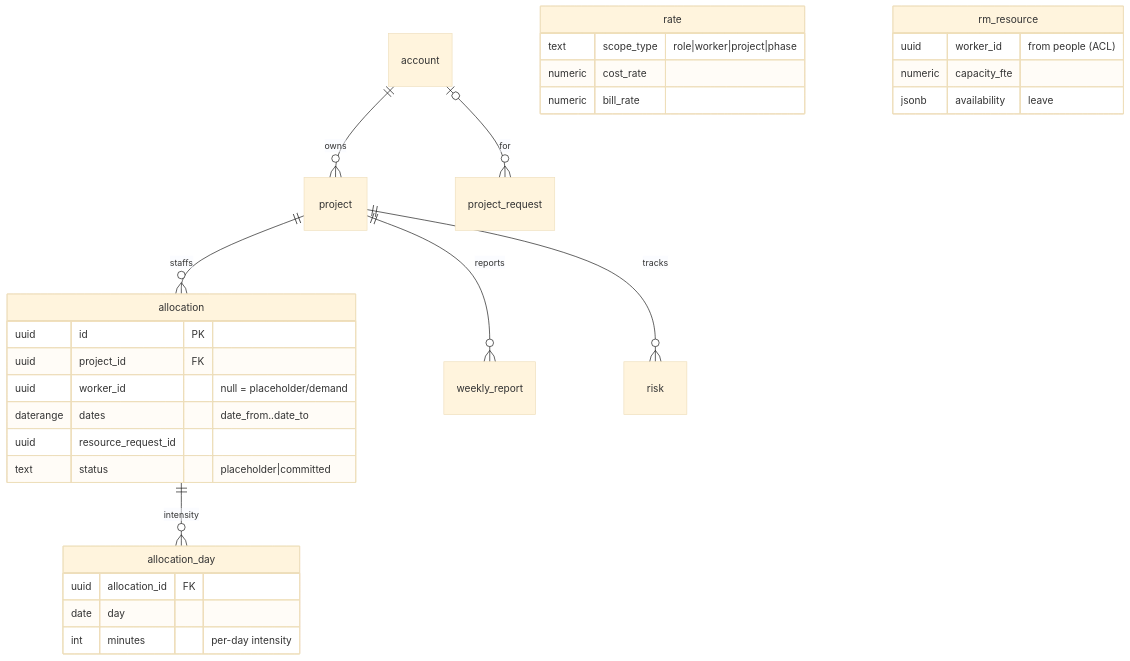
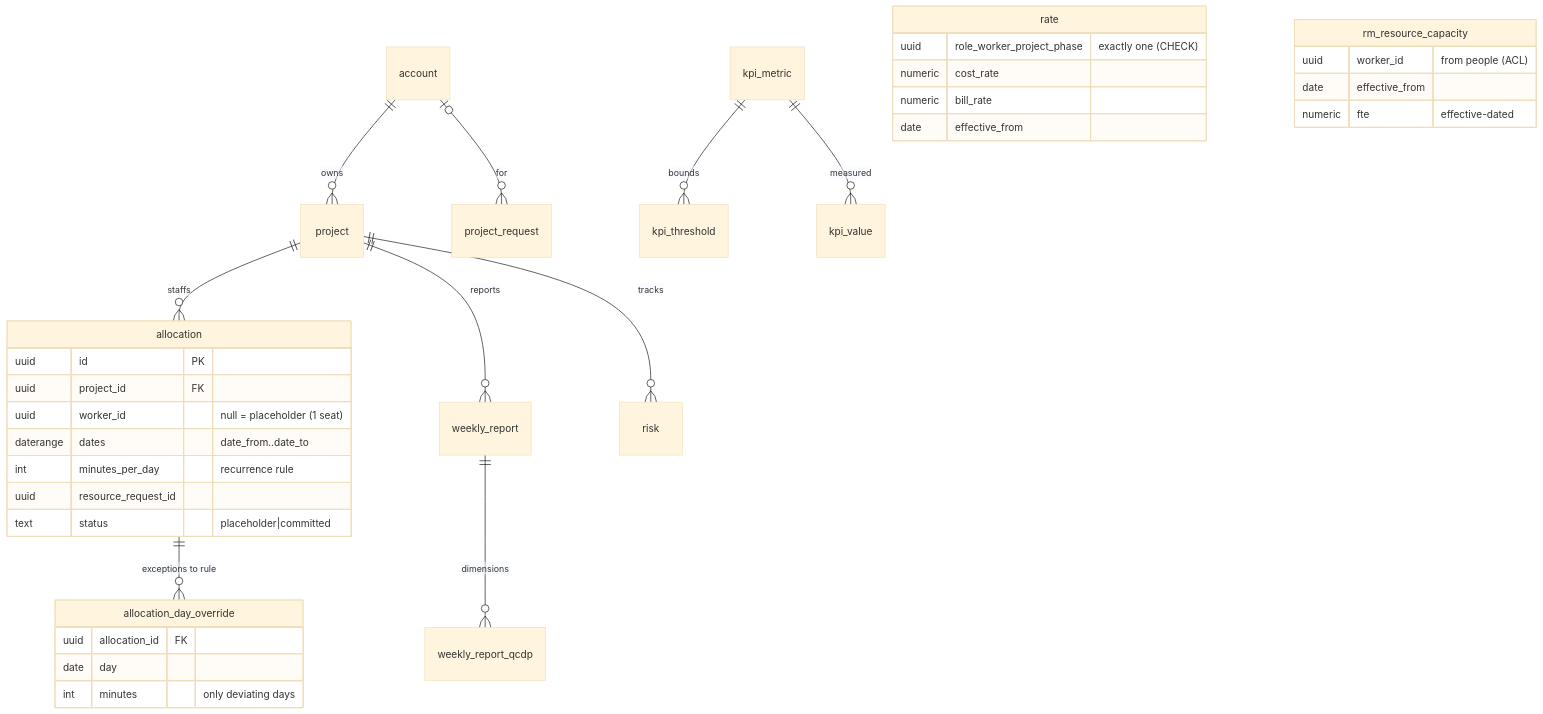
The third of 4 diagrams in docs/spike/db-design.md (Seta-International/agent-platform), drawn with Mermaid (base theme) before and after one commit. The commit also changed other lines of this file and 5 other files, not shown here.

First line of the commit message:
docs(spike): architecture-revision pass on people/hiring/pm design

````diff
--- a/docs/spike/db-design.md
+++ b/docs/spike/db-design.md
@@ -229,32 +341,37 @@
 ```mermaid
 erDiagram
   account ||--o{ project : owns
   account |o--o{ project_request : for
   project ||--o{ allocation : staffs
-  allocation ||--o{ allocation_day : intensity
+  allocation ||--o{ allocation_day_override : "exceptions to rule"
   project ||--o{ weekly_report : reports
+  weekly_report ||--o{ weekly_report_qcdp : dimensions
   project ||--o{ risk : tracks
+  kpi_metric ||--o{ kpi_threshold : bounds
+  kpi_metric ||--o{ kpi_value : measured
   allocation {
     uuid id PK
     uuid project_id FK
-    uuid worker_id "null = placeholder/demand"
+    uuid worker_id "null = placeholder (1 seat)"
     daterange dates "date_from..date_to"
+    int minutes_per_day "recurrence rule"
     uuid resource_request_id
     text status "placeholder|committed"
   }
-  allocation_day {
+  allocation_day_override {
     uuid allocation_id FK
     date day
-    int minutes "per-day intensity"
+    int minutes "only deviating days"
   }
   rate {
-    text scope_type "role|worker|project|phase"
+    uuid role_worker_project_phase "exactly one (CHECK)"
     numeric cost_rate
     numeric bill_rate
+    date effective_from
   }
-  rm_resource {
+  rm_resource_capacity {
     uuid worker_id "from people (ACL)"
-    numeric capacity_fte
-    jsonb availability "leave"
+    date effective_from
+    numeric fte "effective-dated"
   }
 ```
````
